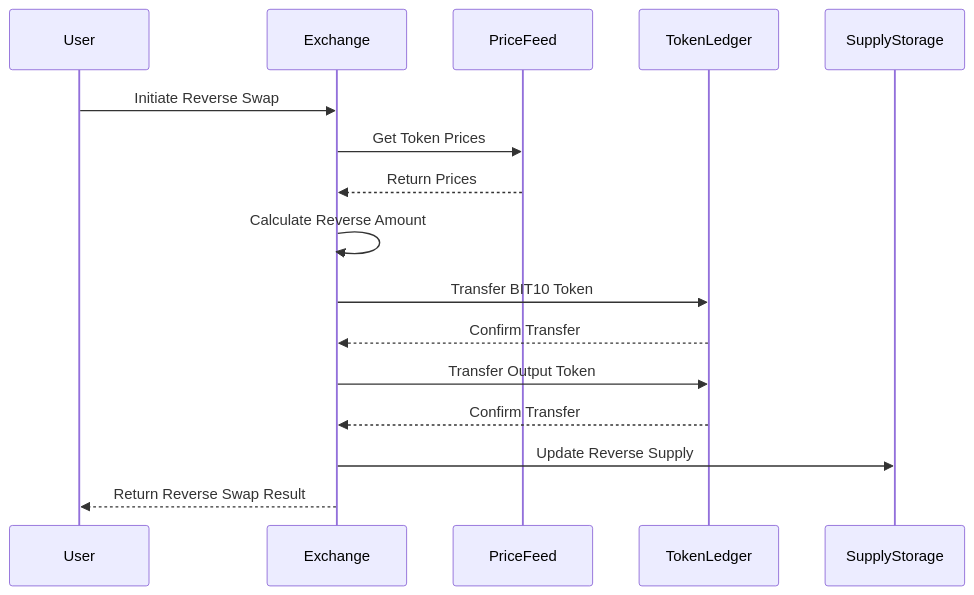
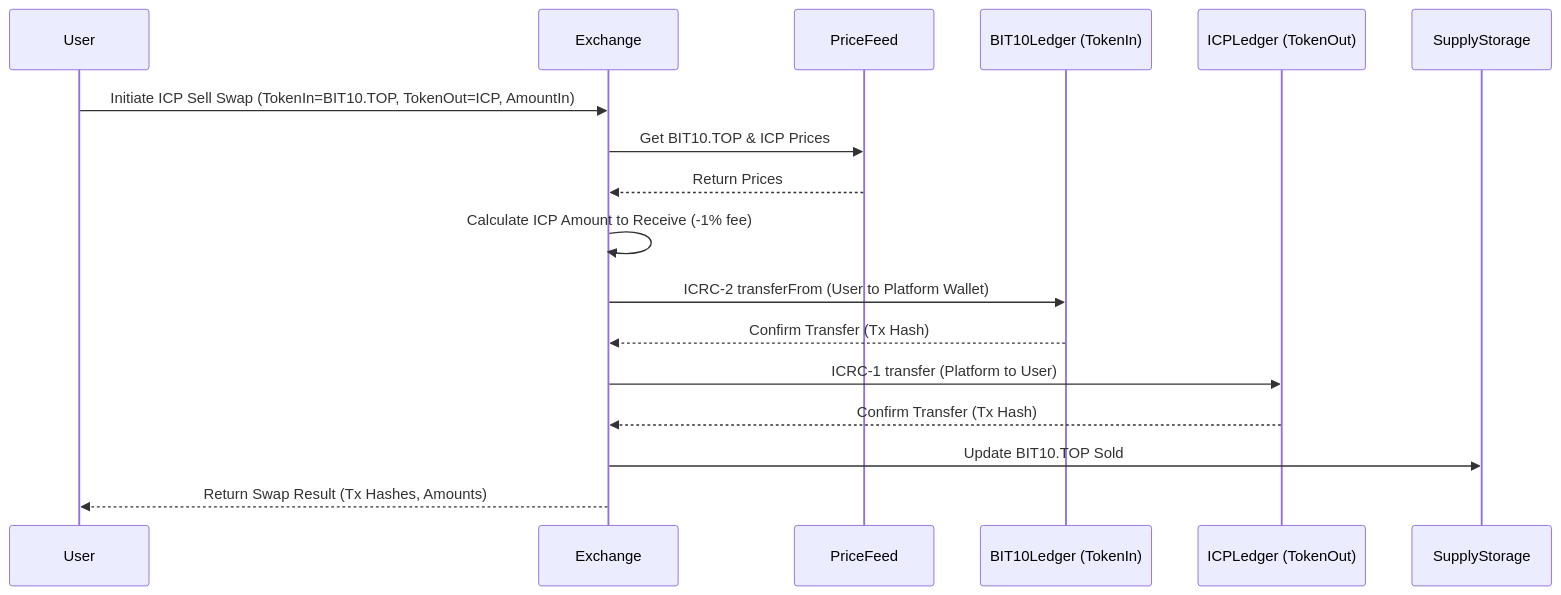
The fourth of 5 diagrams in icp_canisters/buy_bt10/mainnet_buy_bit10/README.md (ZeyaRabani/BIT10), drawn with Mermaid before and after one commit. The commit also changed other lines of this file and 42 other files, not shown here.

````diff
--- a/icp_canisters/buy_bt10/mainnet_buy_bit10/README.md
+++ b/icp_canisters/buy_bt10/mainnet_buy_bit10/README.md
@@ -60,19 +65,20 @@
 ```mermaid
 sequenceDiagram
     participant User
     participant Exchange
     participant PriceFeed
-    participant TokenLedger
+    participant BIT10Ledger (TokenIn)
+    participant ICPLedger (TokenOut)
     participant SupplyStorage
 
-    User->>Exchange: Initiate Reverse Swap
-    Exchange->>PriceFeed: Get Token Prices
+    User->>Exchange: Initiate ICP Sell Swap (TokenIn=BIT10.TOP, TokenOut=ICP, AmountIn)
+    Exchange->>PriceFeed: Get BIT10.TOP & ICP Prices
     PriceFeed-->>Exchange: Return Prices
-    Exchange->>Exchange: Calculate Reverse Amount
-    Exchange->>TokenLedger: Transfer BIT10 Token
-    TokenLedger-->>Exchange: Confirm Transfer
-    Exchange->>TokenLedger: Transfer Output Token
-    TokenLedger-->>Exchange: Confirm Transfer
-    Exchange->>SupplyStorage: Update Reverse Supply
-    Exchange-->>User: Return Reverse Swap Result
+    Exchange->>Exchange: Calculate ICP Amount to Receive (-1% fee)
+    Exchange->>BIT10Ledger (TokenIn): ICRC-2 transferFrom (User to Platform Wallet)
+    BIT10Ledger (TokenIn)-->>Exchange: Confirm Transfer (Tx Hash)
+    Exchange->>ICPLedger (TokenOut): ICRC-1 transfer (Platform to User)
+    ICPLedger (TokenOut)-->>Exchange: Confirm Transfer (Tx Hash)
+    Exchange->>SupplyStorage: Update BIT10.TOP Sold
+    Exchange-->>User: Return Swap Result (Tx Hashes, Amounts)
 ```
````
